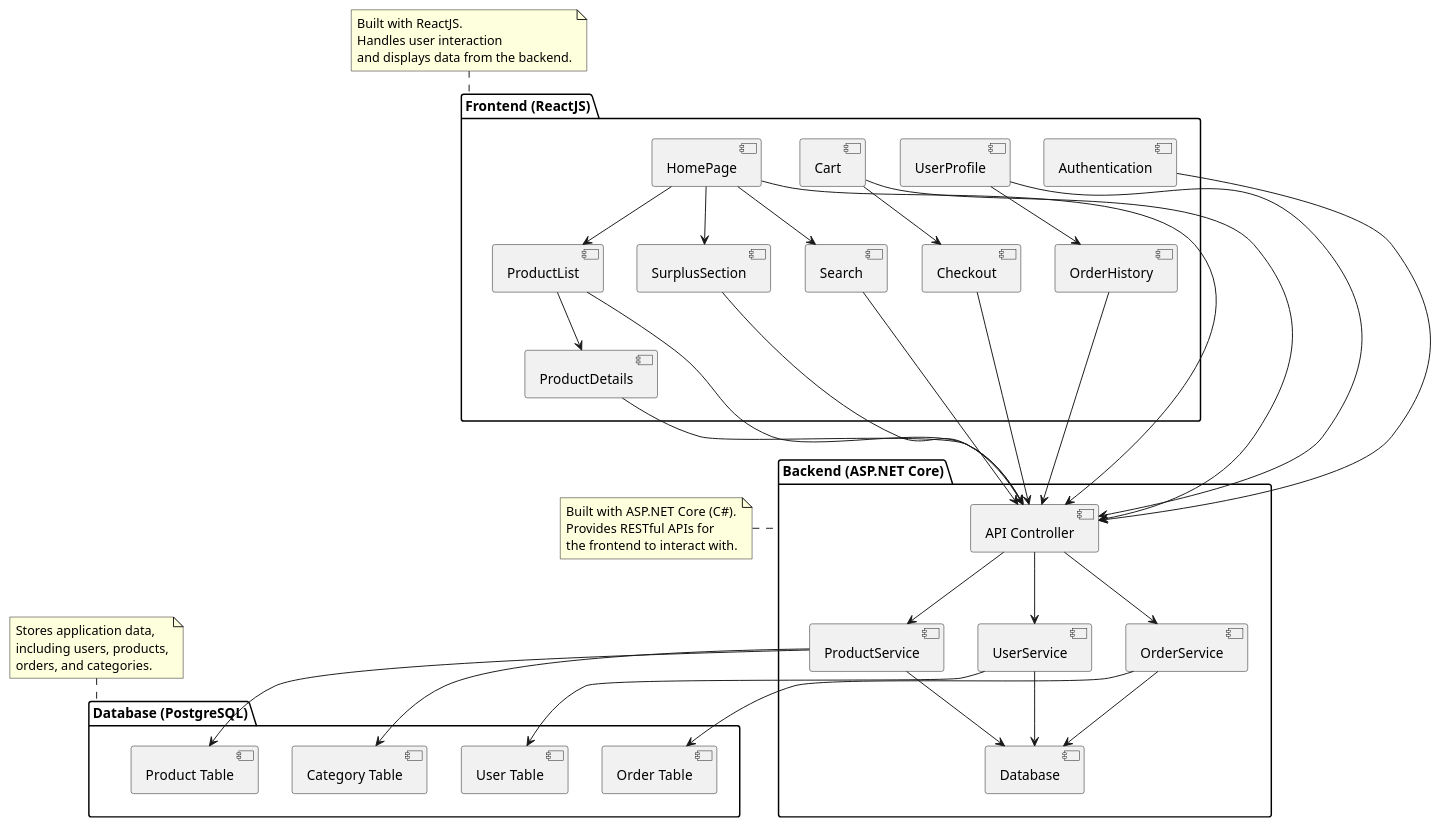
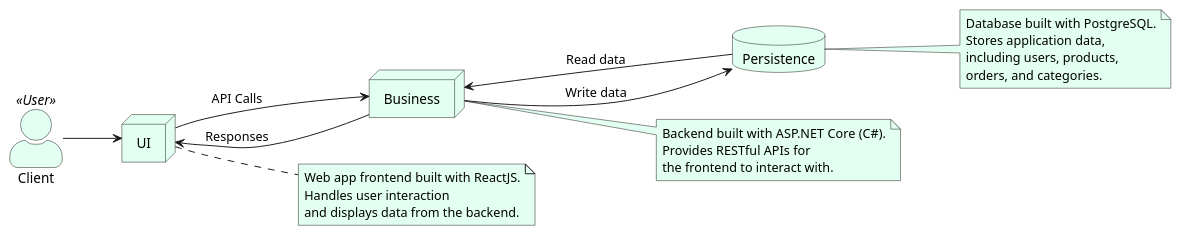
The diagram in docs/diagrams/architecture/ArchitectureLayers.puml (bruflor/comercio-vizinho), drawn with PlantUML before and after one commit.

Commit message:
Simplifying layers diagram

```diff
--- a/docs/diagrams/architecture/ArchitectureLayers.puml
+++ b/docs/diagrams/architecture/ArchitectureLayers.puml
@@ -1,70 +1,54 @@
 @startuml
-' Presentation layer
-package "Frontend (ReactJS)" {
-    [Authentication]
-    [HomePage] --> [Search]
-    [HomePage] --> [SurplusSection]
-    [HomePage] --> [ProductList]
-    [ProductList] --> [ProductDetails]
-    [Cart] --> [Checkout]
-    [UserProfile] --> [OrderHistory]
+skinparam actorStyle awesome
+<style>
+componentDiagram {
+  BackGroundColor #e2fff1
 }
+document {
+  BackGroundColor white
+}
+</style>
+left to right direction
 
-'Application layer
-package "Backend (ASP.NET Core)" {
-    [API Controller] --> [UserService]
-    [API Controller] --> [ProductService]
-    [API Controller] --> [OrderService]
-    [UserService] --> [Database]
-    [ProductService] --> [Database]
-    [OrderService] --> [Database]
-}
+'User
+actor Client <<User>>
 
-'Data layer
-package "Database (PostgreSQL)" {
-    [User Table]
-    [Product Table]
-    [Order Table]
-    [Category Table]
-}
+'Frontend
+node UI
 
-' Frontend-Backend Communication
-[Authentication] --> [API Controller]
-[HomePage] --> [API Controller]
-[Search] --> [API Controller]
-[SurplusSection] --> [API Controller]
-[ProductList] --> [API Controller]
-[ProductDetails] --> [API Controller]
-[Cart] --> [API Controller]
-[Checkout] --> [API Controller]
-[UserProfile] --> [API Controller]
-[OrderHistory] --> [API Controller]
+'Backend
+node Business
 
-' Backend-Database Communication
-[UserService] --> [User Table]
-[ProductService] --> [Product Table]
-[OrderService] --> [Order Table]
-[ProductService] --> [Category Table]
+'Database
+database Persistence
+
+'Layers Communication
+Client --> "UI"
+"UI" --> "Business": API Calls
+"UI" <-- "Business": Responses
+"Business" <-- "Persistence": Read data
+"Business" --> "Persistence": Write data
 
 
 ' Notes
-note top of [Frontend (ReactJS)]
-  Built with ReactJS.
+note right of [UI]
+  Web app frontend built with ReactJS.
   Handles user interaction
   and displays data from the backend.
 end note
 
-note left of [Backend (ASP.NET Core)]
-  Built with ASP.NET Core (C#).
+note right of [Business]
+  Backend built with ASP.NET Core (C#).
   Provides RESTful APIs for
   the frontend to interact with.
 end note
 
-note top of [Database (PostgreSQL)]
+note right of [Persistence]
+  Database built with PostgreSQL.
   Stores application data,
   including users, products,
   orders, and categories.
 end note
 
 
 @enduml
```
